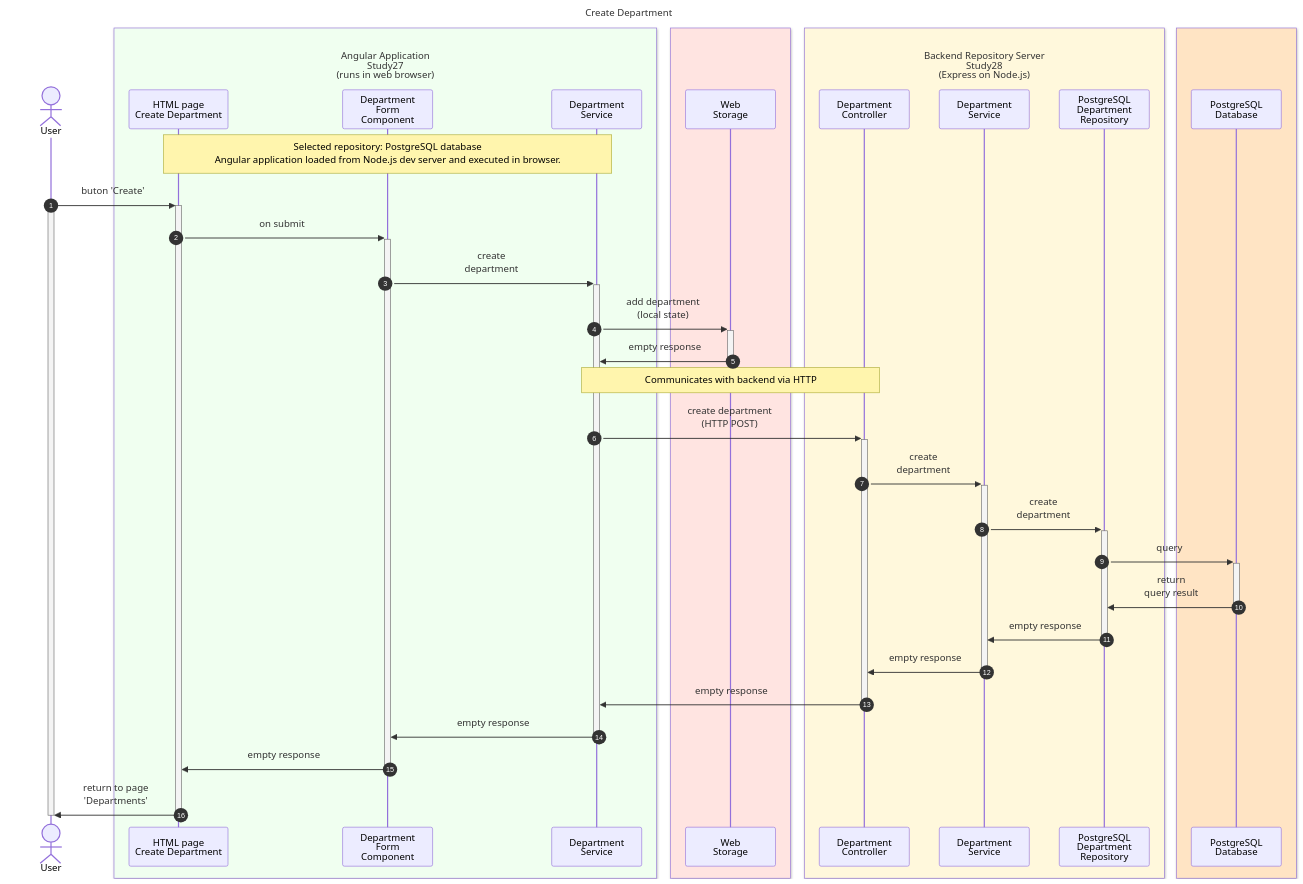
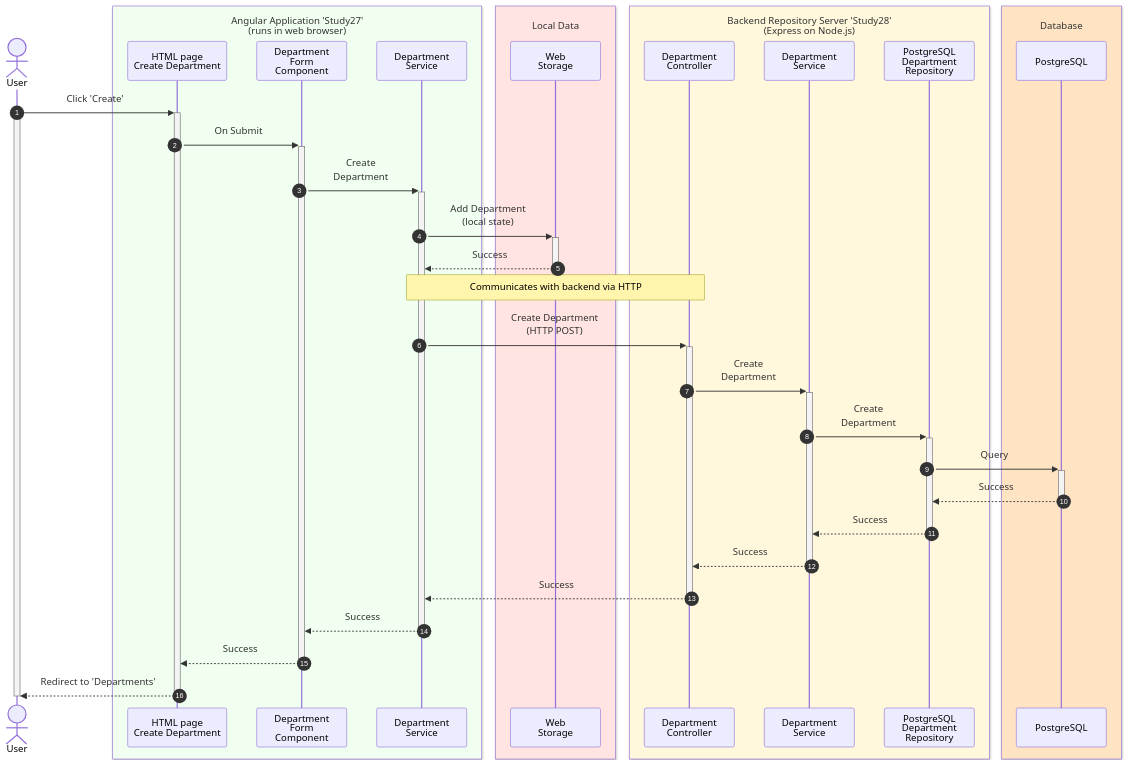
Before and after one commit to k1729p/Study27: the second of 2 diagrams in docs/mermaid/sequenceDiagram.md, drawn with Mermaid. The commit also changed other lines of this file and 5 other files, not shown here.

````diff
--- a/docs/mermaid/sequenceDiagram.md
+++ b/docs/mermaid/sequenceDiagram.md
@@ -32,44 +34,40 @@
 ```mermaid
----
-title: Create Department
----
 sequenceDiagram
     actor USR as User
-    box honeydew <br>Angular Application<br>Study27<br>(runs in web browser)
+    box honeydew Angular Application 'Study27'<br>(runs in web browser)
         participant PAGE as HTML page<br>Create Department
         participant FRM as Department<br>Form<br>Component
         participant SRV as Department<br>Service
     end
-    box mistyrose
+    box mistyrose Local Data
         participant WST as Web<br>Storage
     end
-    box cornsilk <br>Backend Repository Server<br>Study28<br>(Express on Node.js)
+    box cornsilk Backend Repository Server 'Study28'<br>(Express on Node.js)
         participant DC as Department<br>Controller
         participant DS2 as Department<br>Service
         participant DR as PostgreSQL<br>Department<br>Repository
     end
-    box bisque
-        participant PSQL as PostgreSQL<br>Database
+    box bisque Database
+        participant PSQL as PostgreSQL
     end
     autonumber 1
-    Note over PAGE, SRV: Selected repository: PostgreSQL database<br>Angular application loaded from Node.js dev server and executed in browser.
-    USR ->>+ PAGE: buton 'Create'
+    USR ->>+ PAGE: Click 'Create'
     activate USR
-    PAGE ->>+ FRM: on submit
-    FRM ->>+ SRV: create<br>department
-    SRV ->>+ WST: add department<br>(local state)
-    WST ->>- SRV: empty response
+    PAGE ->>+ FRM: On Submit
+    FRM ->>+ SRV: Create<br>Department
+    SRV ->>+ WST: Add Department<br>(local state)
+    WST -->>- SRV: Success
     Note over SRV, DC: Communicates with backend via HTTP
-    SRV ->>+ DC: create department<br>(HTTP POST)
-    DC ->>+ DS2: create<br>department
-    DS2 ->>+ DR: create<br>department
-    DR ->>+ PSQL: query
-    PSQL ->>- DR: return<br>query result
-    DR ->>- DS2: empty response
-    DS2 ->>- DC: empty response
-    DC ->>- SRV: empty response
-    SRV ->>- FRM: empty response
-    FRM ->>- PAGE: empty response
-    PAGE ->>- USR: return to page<br>'Departments'
+    SRV ->>+ DC: Create Department<br>(HTTP POST)
+    DC ->>+ DS2: Create<br>Department
+    DS2 ->>+ DR: Create<br>Department
+    DR ->>+ PSQL: Query
+    PSQL -->>- DR: Success
+    DR -->>- DS2: Success
+    DS2 -->>- DC: Success
+    DC -->>- SRV: Success
+    SRV -->>- FRM: Success
+    FRM -->>- PAGE: Success
+    PAGE -->>- USR: Redirect to 'Departments'
     deactivate USR
 ```
````
